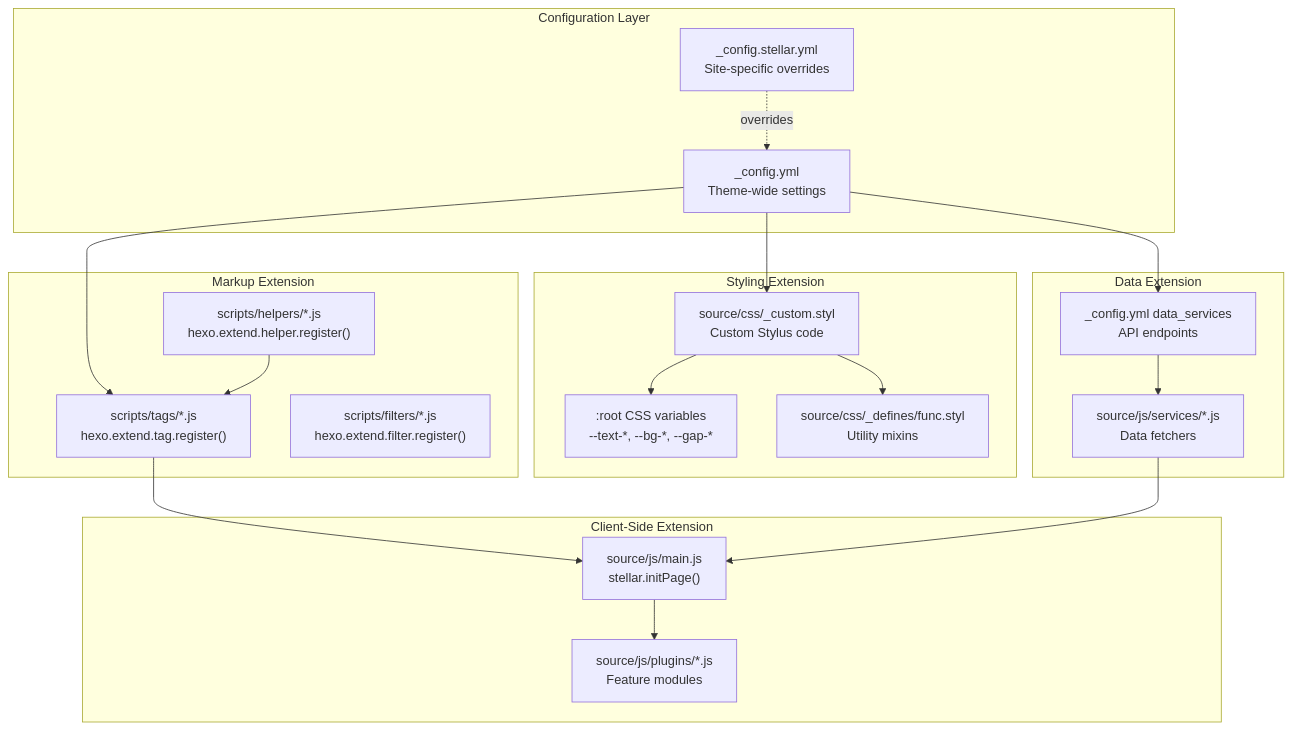
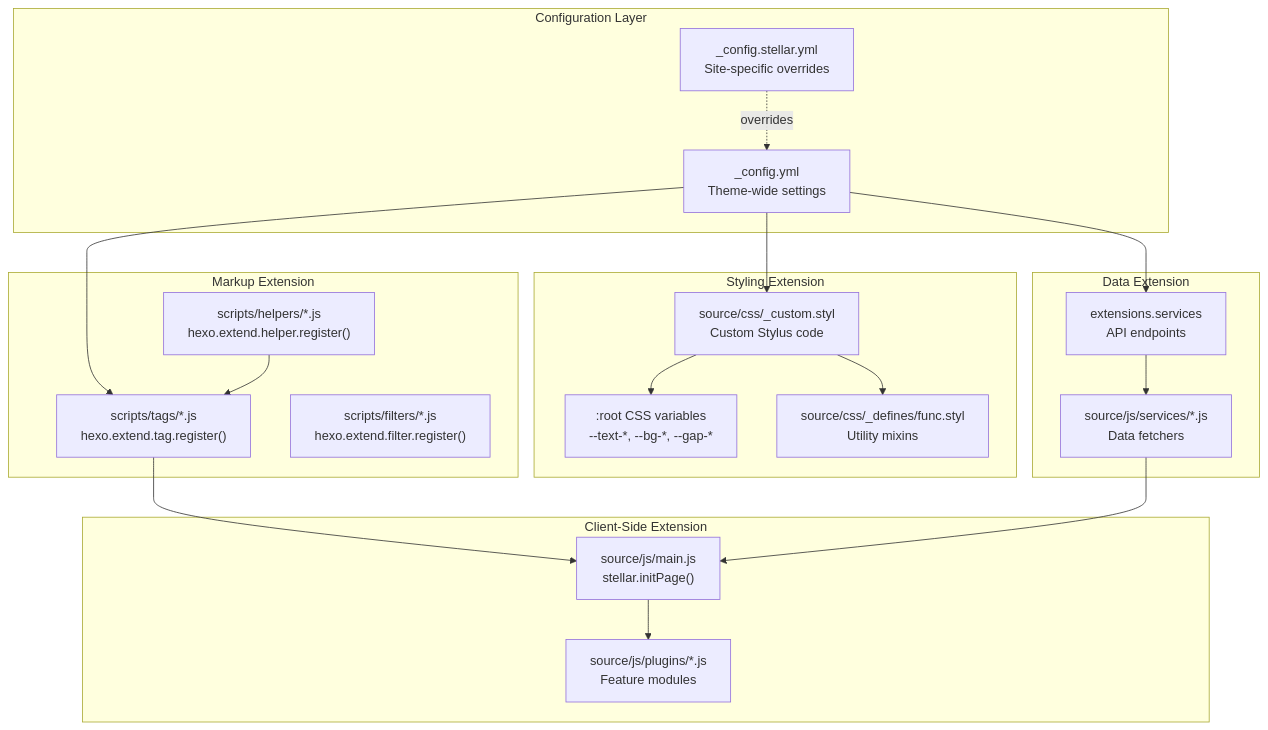
The first of 3 diagrams in docs/knowledge/09-高级主题/advanced-overview.md (xaoxuu/hexo-theme-stellar), drawn with Mermaid before and after one commit. The commit also changed other lines of this file and 124 other files, not shown here.

````diff
--- a/docs/knowledge/09-高级主题/advanced-overview.md
+++ b/docs/knowledge/09-高级主题/advanced-overview.md
@@ -37,45 +37,45 @@
 ```mermaid
 graph TB
     subgraph "Configuration Layer"
         ConfigYML["_config.yml<br/>Theme-wide settings"]
         ThemeConfig["_config.stellar.yml<br/>Site-specific overrides"]
     end
     
     subgraph "Styling Extension"
         CustomStyl["source/css/_custom.styl<br/>Custom Stylus code"]
         CSSVars[":root CSS variables<br/>--text-*, --bg-*, --gap-*"]
         FuncStyl["source/css/_defines/func.styl<br/>Utility mixins"]
     end
     
     subgraph "Markup Extension"
         TagPlugins["scripts/tags/*.js<br/>hexo.extend.tag.register()"]
         Helpers["scripts/helpers/*.js<br/>hexo.extend.helper.register()"]
         Filters["scripts/filters/*.js<br/>hexo.extend.filter.register()"]
     end
     
     subgraph "Client-Side Extension"
         MainJS["source/js/main.js<br/>stellar.initPage()"]
         PluginScripts["source/js/plugins/*.js<br/>Feature modules"]
     end
     
     subgraph "Data Extension"
-        DataServices["_config.yml data_services<br/>API endpoints"]
+        DataServices["extensions.services<br/>API endpoints"]
         DataJS["source/js/services/*.js<br/>Data fetchers"]
     end
     
     ConfigYML --> CustomStyl
     ConfigYML --> TagPlugins
     ConfigYML --> DataServices
     ThemeConfig -.overrides.-> ConfigYML
     
     CustomStyl --> FuncStyl
     CustomStyl --> CSSVars
     
     TagPlugins --> MainJS
     Helpers --> TagPlugins
     
     MainJS --> PluginScripts
     
     DataServices --> DataJS
     DataJS --> MainJS
 ```
````
